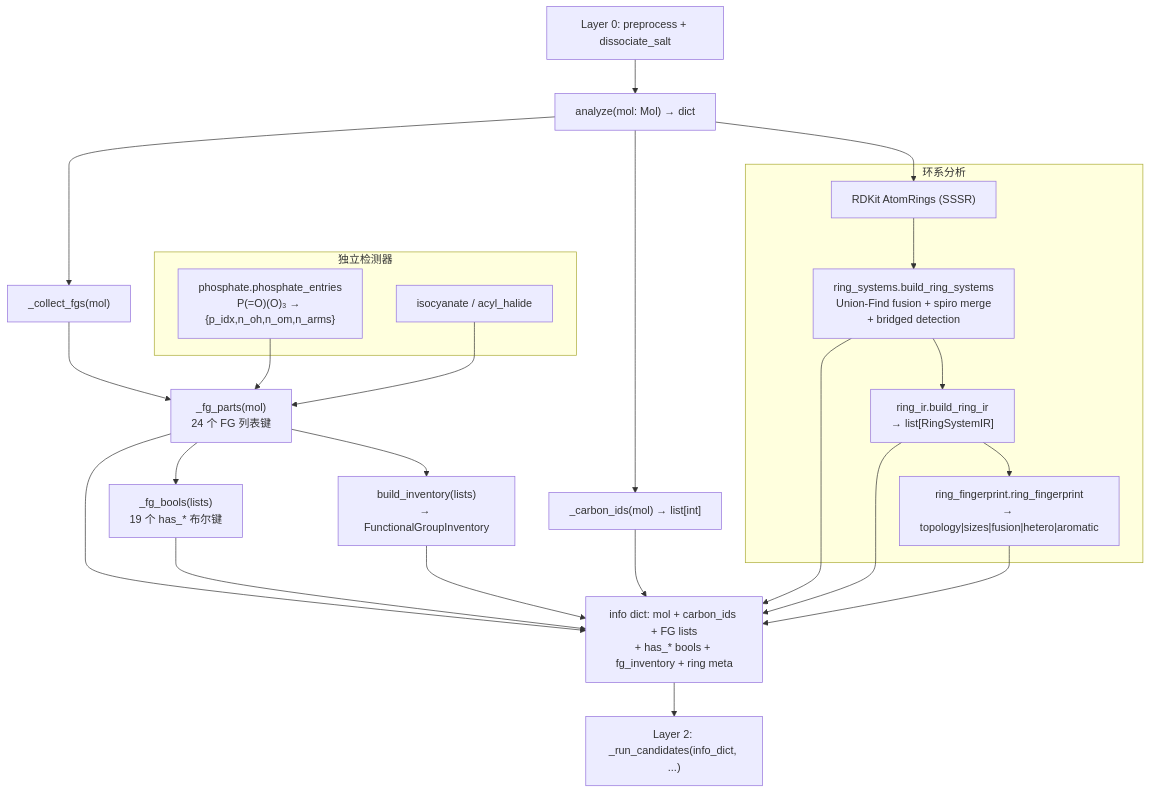
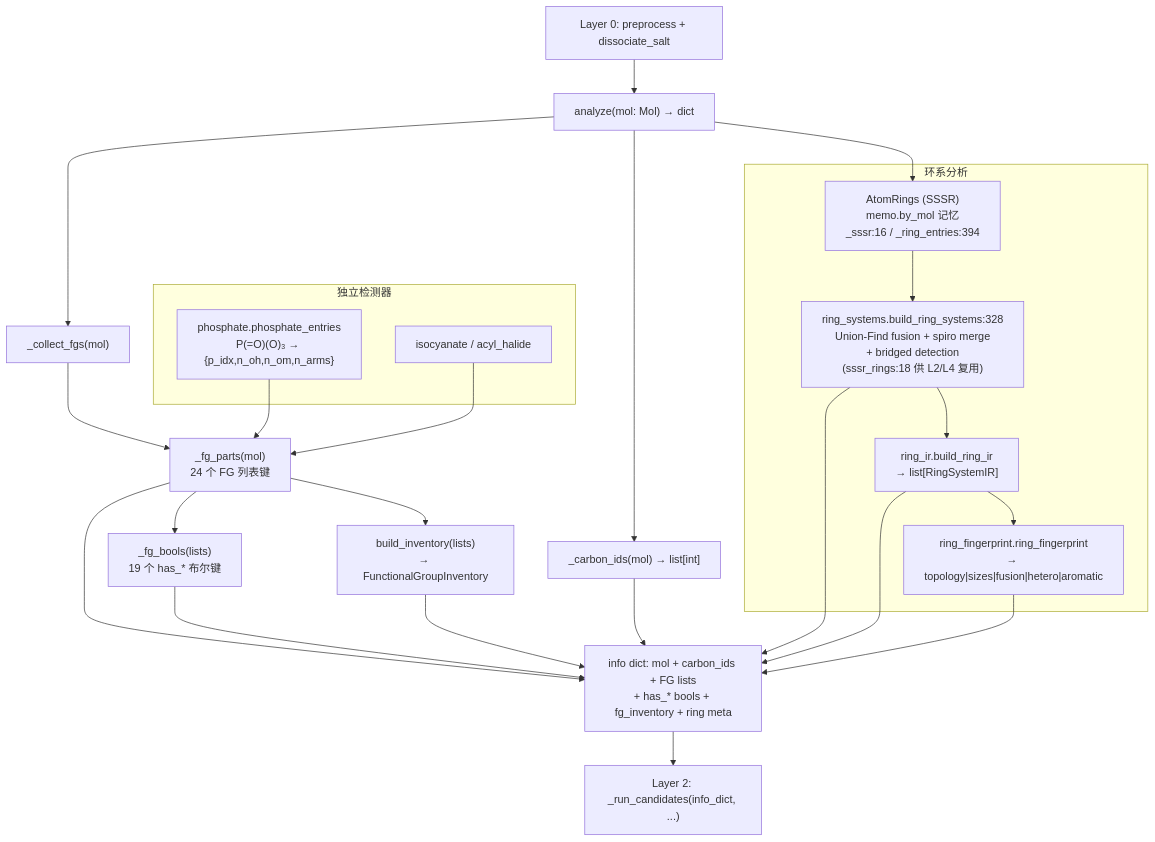
One commit to zouxiaofei1/OpenSMILES changed the first of 2 diagrams in docs/wiki/architecture/layer1-analyzer.md. Above: the diagram before and after it, drawn with Mermaid. The commit also changed other lines of this file and 17 other files, not shown here.

````diff
--- a/docs/wiki/architecture/layer1-analyzer.md
+++ b/docs/wiki/architecture/layer1-analyzer.md
@@ -213,50 +244,50 @@
 ```mermaid
 flowchart TD
     L0["Layer 0: preprocess + dissociate_salt"]
     L1_ENTRY["analyze(mol: Mol) → dict"]
     CARBONS["_carbon_ids(mol) → list[int]"]
     FG_COLLECT["_collect_fgs(mol)"]
     FG_PARTS["_fg_parts(mol)<br/>24 个 FG 列表键"]
     FG_BOOLS["_fg_bools(lists)<br/>19 个 has_* 布尔键"]
     INV["build_inventory(lists)<br/>→ FunctionalGroupInventory"]
 
     subgraph DET["独立检测器"]
         PHOS["phosphate.phosphate_entries<br/>P(=O)(O)₃ → {p_idx,n_oh,n_om,n_arms}"]
         ISO["isocyanate / acyl_halide"]
     end
 
     subgraph RING["环系分析"]
-        SSSR["RDKit AtomRings (SSSR)"]
-        RING_SYS["ring_systems.build_ring_systems<br/>Union-Find fusion + spiro merge<br/>+ bridged detection"]
+        SSSR["AtomRings (SSSR)<br/>memo.by_mol 记忆<br/>_sssr:16 / _ring_entries:394"]
+        RING_SYS["ring_systems.build_ring_systems:328<br/>Union-Find fusion + spiro merge<br/>+ bridged detection<br/>(sssr_rings:18 供 L2/L4 复用)"]
         RING_IR["ring_ir.build_ring_ir<br/>→ list[RingSystemIR]"]
         RING_FP["ring_fingerprint.ring_fingerprint<br/>→ topology|sizes|fusion|hetero|aromatic"]
     end
 
     RESULT["info dict: mol + carbon_ids + FG lists<br/>+ has_* bools + fg_inventory + ring meta"]
     L2["Layer 2: _run_candidates(info_dict, ...)"]
 
     L0 --> L1_ENTRY
     L1_ENTRY --> CARBONS
     L1_ENTRY --> FG_COLLECT
     L1_ENTRY --> SSSR
 
     FG_COLLECT --> FG_PARTS
     PHOS --> FG_PARTS
     ISO --> FG_PARTS
     FG_PARTS --> FG_BOOLS
     FG_PARTS --> INV
 
     FG_PARTS --> RESULT
     FG_BOOLS --> RESULT
     INV --> RESULT
     CARBONS --> RESULT
 
     SSSR --> RING_SYS
     RING_SYS --> RING_IR
     RING_IR --> RING_FP
     RING_SYS --> RESULT
     RING_IR --> RESULT
     RING_FP --> RESULT
 
     RESULT --> L2
 ```
````
